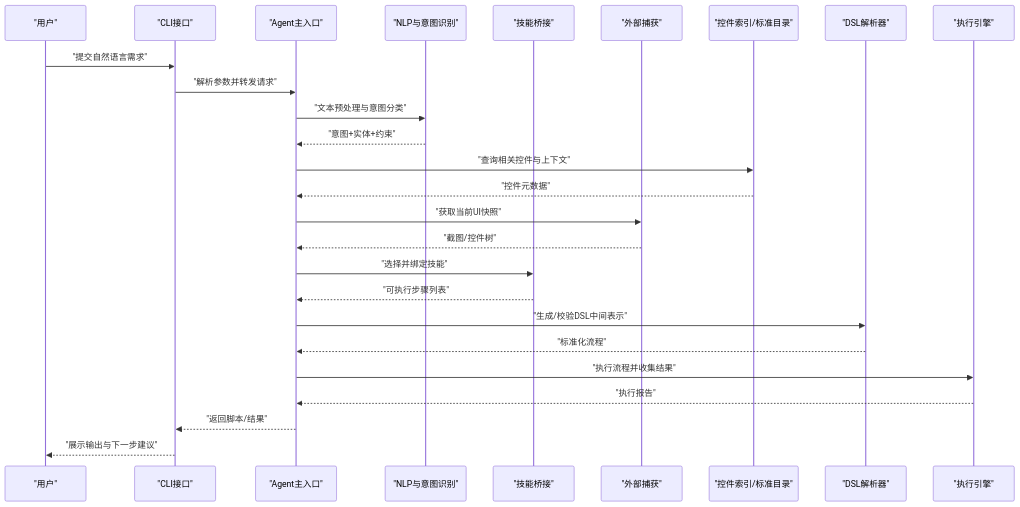
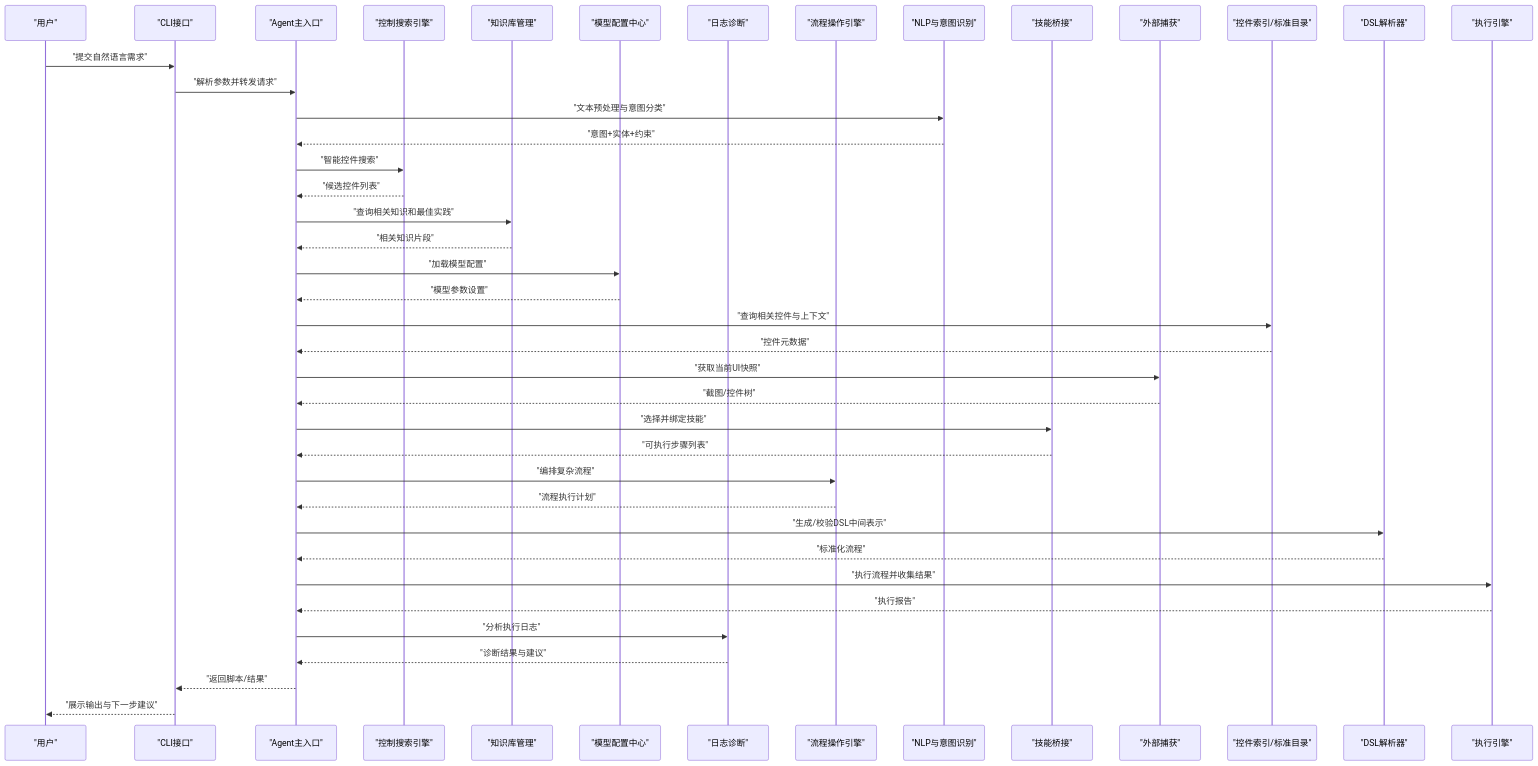
Before and after one commit to hanago33/WT_Automation: the second of 7 diagrams in .qoder/repowiki/zh/content/AI辅助系统/AI辅助系统.md, drawn with Mermaid. The commit also changed other lines of this file and 220 other files, not shown here.

````diff
--- a/.qoder/repowiki/zh/content/AI辅助系统/AI辅助系统.md
+++ b/.qoder/repowiki/zh/content/AI辅助系统/AI辅助系统.md
@@ -127,28 +173,43 @@
 ```mermaid
 sequenceDiagram
 participant User as "用户"
 participant CLI as "CLI接口"
 participant Agent as "Agent主入口"
+participant ControlSearch as "控制搜索引擎"
+participant KnowledgeBase as "知识库管理"
+participant ModelProfile as "模型配置中心"
+participant LogDiagnosis as "日志诊断"
+participant FlowOps as "流程操作引擎"
 participant NLP as "NLP与意图识别"
 participant Bridge as "技能桥接"
 participant Capture as "外部捕获"
 participant Index as "控件索引/标准目录"
 participant DSL as "DSL解析器"
 participant Exec as "执行引擎"
 User->>CLI : "提交自然语言需求"
 CLI->>Agent : "解析参数并转发请求"
 Agent->>NLP : "文本预处理与意图分类"
 NLP-->>Agent : "意图+实体+约束"
+Agent->>ControlSearch : "智能控件搜索"
+ControlSearch-->>Agent : "候选控件列表"
+Agent->>KnowledgeBase : "查询相关知识和最佳实践"
+KnowledgeBase-->>Agent : "相关知识片段"
+Agent->>ModelProfile : "加载模型配置"
+ModelProfile-->>Agent : "模型参数设置"
 Agent->>Index : "查询相关控件与上下文"
 Index-->>Agent : "控件元数据"
 Agent->>Capture : "获取当前UI快照"
 Capture-->>Agent : "截图/控件树"
 Agent->>Bridge : "选择并绑定技能"
 Bridge-->>Agent : "可执行步骤列表"
+Agent->>FlowOps : "编排复杂流程"
+FlowOps-->>Agent : "流程执行计划"
 Agent->>DSL : "生成/校验DSL中间表示"
 DSL-->>Agent : "标准化流程"
 Agent->>Exec : "执行流程并收集结果"
 Exec-->>Agent : "执行报告"
+Agent->>LogDiagnosis : "分析执行日志"
+LogDiagnosis-->>Agent : "诊断结果与建议"
 Agent-->>CLI : "返回脚本/结果"
 CLI-->>User : "展示输出与下一步建议"
 ```
````
